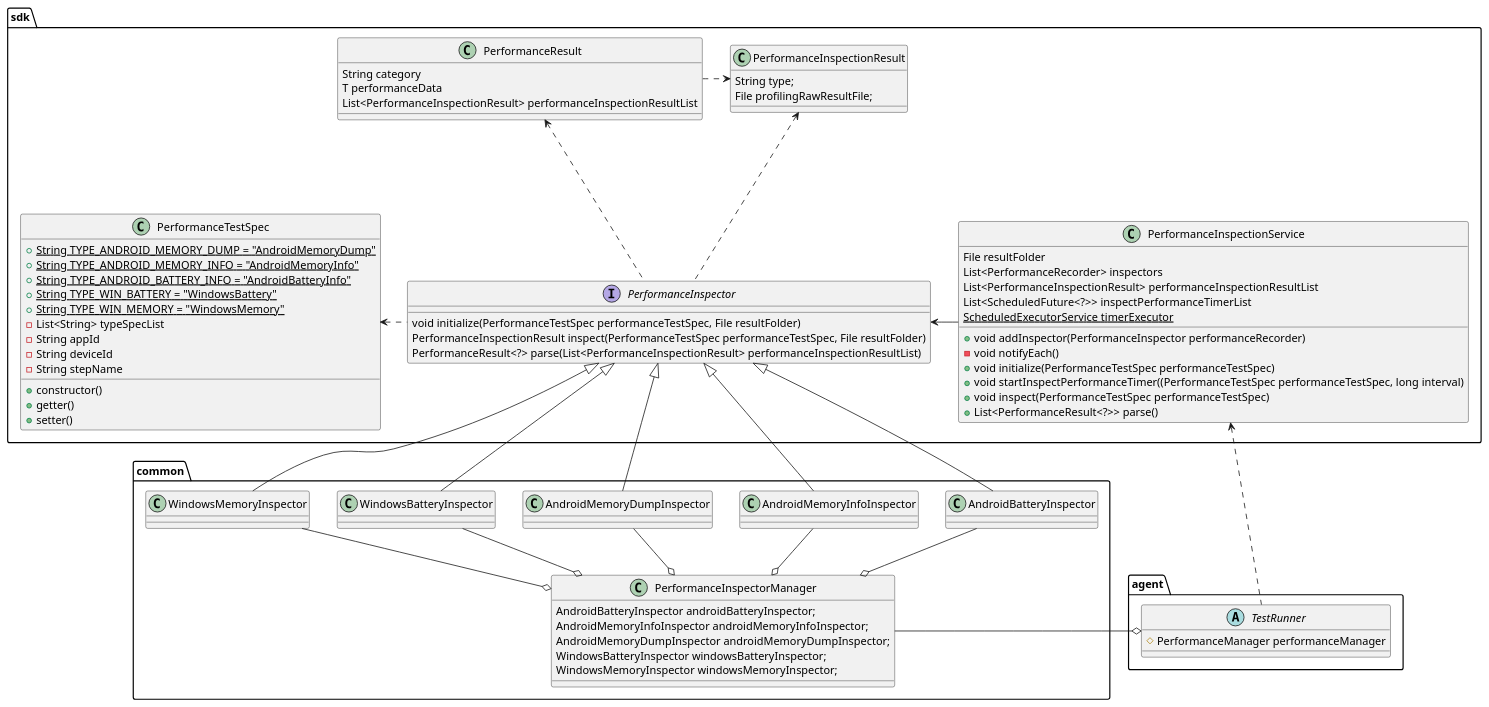
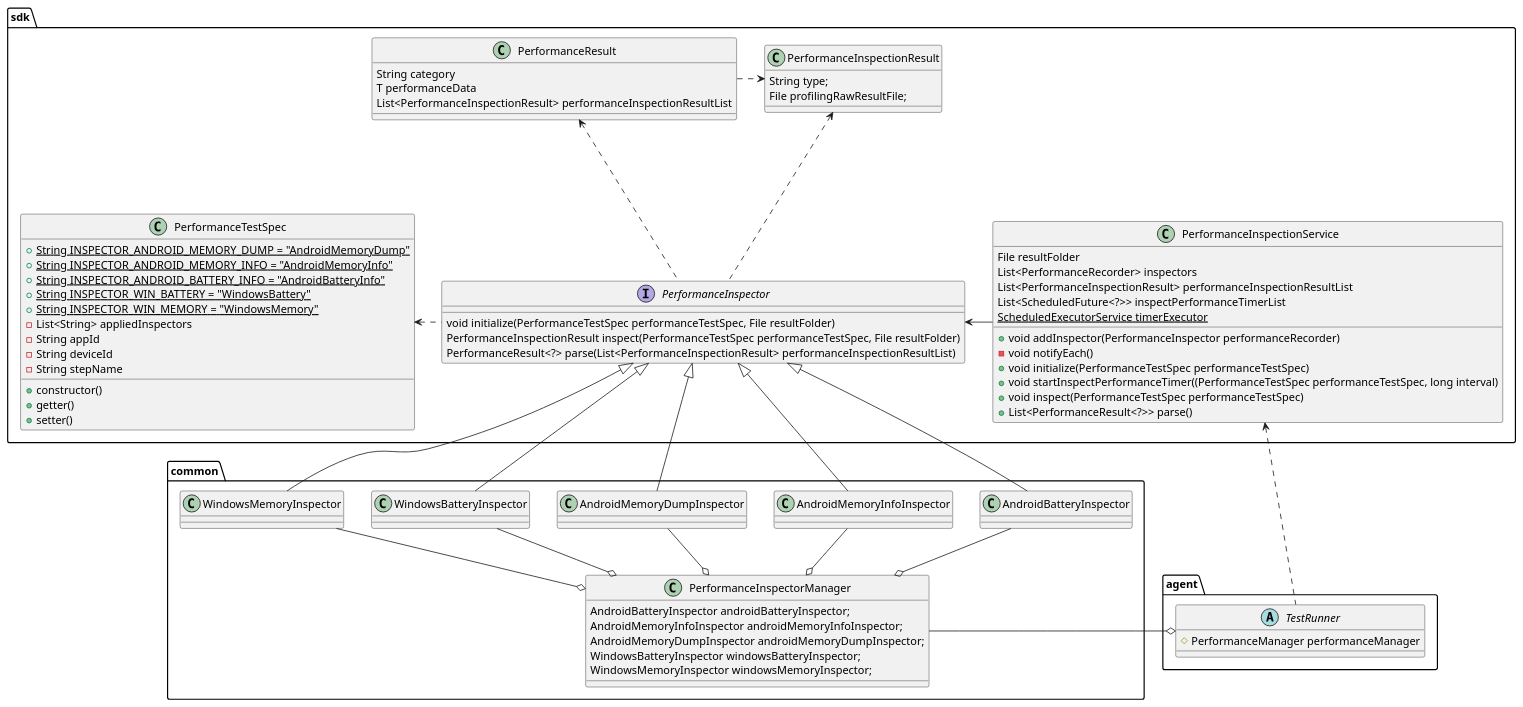
One commit to microsoft/HydraLab changed the first of 3 diagrams in agent/doc/UML/perf_design.puml. Above: the diagram before and after it, drawn with PlantUML. The commit also changed 3 other files, not shown here.

Commit message:
appliedInspectors

```diff
--- a/agent/doc/UML/perf_design.puml
+++ b/agent/doc/UML/perf_design.puml
@@ -1,90 +1,90 @@
 @startuml
 'https://plantuml.com/class-diagram'
 
 package "sdk" {
 
     class PerformanceTestSpec {
-        +{static}String TYPE_ANDROID_MEMORY_DUMP = "AndroidMemoryDump"
-        +{static}String TYPE_ANDROID_MEMORY_INFO = "AndroidMemoryInfo"
-        +{static}String TYPE_ANDROID_BATTERY_INFO = "AndroidBatteryInfo"
-        +{static}String TYPE_WIN_BATTERY = "WindowsBattery"
-        +{static}String TYPE_WIN_MEMORY = "WindowsMemory"
-        -List<String> typeSpecList
+        +{static}String INSPECTOR_ANDROID_MEMORY_DUMP = "AndroidMemoryDump"
+        +{static}String INSPECTOR_ANDROID_MEMORY_INFO = "AndroidMemoryInfo"
+        +{static}String INSPECTOR_ANDROID_BATTERY_INFO = "AndroidBatteryInfo"
+        +{static}String INSPECTOR_WIN_BATTERY = "WindowsBattery"
+        +{static}String INSPECTOR_WIN_MEMORY = "WindowsMemory"
+        -List<String> appliedInspectors
         -String appId
         -String deviceId
         -String stepName
         +constructor()
         +getter()
         +setter()
     }
     interface PerformanceInspector {
         void initialize(PerformanceTestSpec performanceTestSpec, File resultFolder)
         PerformanceInspectionResult inspect(PerformanceTestSpec performanceTestSpec, File resultFolder)
         PerformanceResult<?> parse(List<PerformanceInspectionResult> performanceInspectionResultList)
     }
 
     class PerformanceInspectionService {
         File resultFolder
         List<PerformanceRecorder> inspectors
         List<PerformanceInspectionResult> performanceInspectionResultList
         List<ScheduledFuture<?>> inspectPerformanceTimerList
         {static} ScheduledExecutorService timerExecutor
         +void addInspector(PerformanceInspector performanceRecorder)
         -void notifyEach()
         +void initialize(PerformanceTestSpec performanceTestSpec)
         +void startInspectPerformanceTimer((PerformanceTestSpec performanceTestSpec, long interval)
         +void inspect(PerformanceTestSpec performanceTestSpec)
         +List<PerformanceResult<?>> parse()
     }
 
     class PerformanceResult {
         String category
         T performanceData
         List<PerformanceInspectionResult> performanceInspectionResultList
     }
 
     class PerformanceInspectionResult {
         String type;
         File profilingRawResultFile;
     }
 
 
     PerformanceInspector -left..> PerformanceTestSpec
     PerformanceInspector -up..> PerformanceInspectionResult
     PerformanceInspector <---right PerformanceInspectionService
     PerformanceInspector -up..> PerformanceResult
     PerformanceResult -right..> PerformanceInspectionResult
 }
 
 package "agent" {
     abstract class TestRunner {
         #PerformanceManager performanceManager
     }
 }
 
 package "common" {
     class PerformanceInspectorManager {
         AndroidBatteryInspector androidBatteryInspector;
         AndroidMemoryInfoInspector androidMemoryInfoInspector;
         AndroidMemoryDumpInspector androidMemoryDumpInspector;
         WindowsBatteryInspector windowsBatteryInspector;
         WindowsMemoryInspector windowsMemoryInspector;
     }
 
 
     PerformanceInspector <|-- AndroidBatteryInspector
     PerformanceInspector <|-- AndroidMemoryInfoInspector
     PerformanceInspector <|-- AndroidMemoryDumpInspector
     PerformanceInspector <|-- WindowsBatteryInspector
     PerformanceInspector <|-- WindowsMemoryInspector
 
     AndroidBatteryInspector --o PerformanceInspectorManager
     AndroidMemoryInfoInspector --o PerformanceInspectorManager
     AndroidMemoryDumpInspector --o PerformanceInspectorManager
     WindowsBatteryInspector --o PerformanceInspectorManager
     WindowsMemoryInspector --o PerformanceInspectorManager
 
     TestRunner o-r- PerformanceInspectorManager
     TestRunner -up..> PerformanceInspectionService
 }
 @enduml
```
